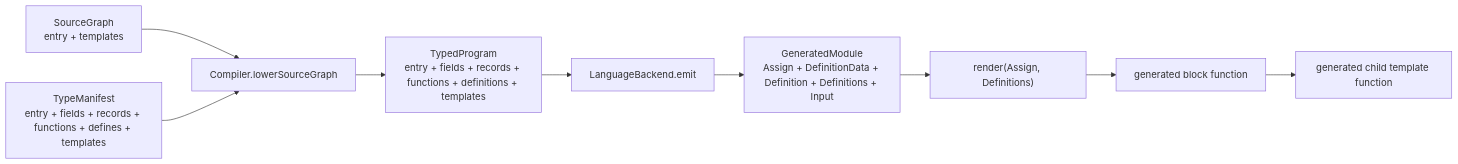
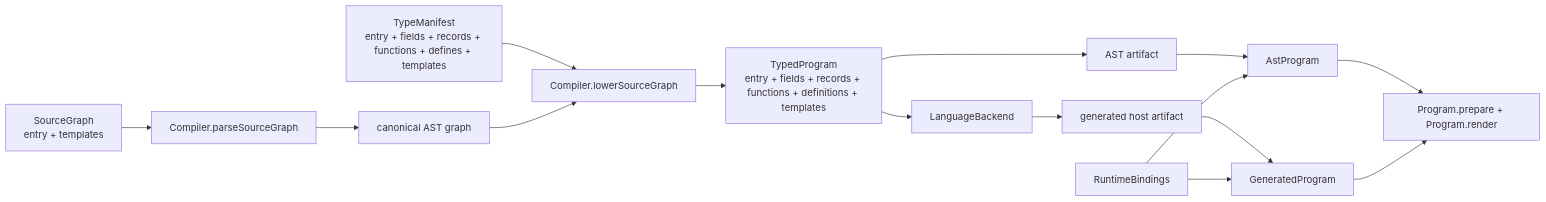
The diagram in tools/compiler/generated/compiler-architecture.mmd (polyspec/template), drawn with Mermaid before and after one commit. The commit also changed 13 other files, not shown here.

Commit message:
Unify compiler and runtime contract manifest

```diff
--- a/tools/compiler/generated/compiler-architecture.mmd
+++ b/tools/compiler/generated/compiler-architecture.mmd
@@ -1,9 +1,15 @@
 flowchart LR
-  SourceGraph["SourceGraph<br/>entry + templates"] --> Lower["Compiler.lowerSourceGraph"]
-  TypeManifest["TypeManifest<br/>entry + fields + records + functions + defines + templates"] --> Lower
-  Lower --> TypedProgram["TypedProgram<br/>entry + fields + records + functions + definitions + templates"]
-  TypedProgram --> Emit["LanguageBackend.emit"]
-  Emit --> GeneratedModule["GeneratedModule<br/>Assign + DefinitionData<T> + Definition<T> + Definitions + Input<T>"]
-  GeneratedModule --> Render["render(Assign, Definitions)"]
-  Render --> Block["generated block function"]
-  Block --> Child["generated child template function"]
+  Source["SourceGraph<br/>entry + templates"] --> Parse["Compiler.parseSourceGraph"]
+  Parse --> AST["canonical AST graph"]
+  Types["TypeManifest<br/>entry + fields + records + functions + defines + templates"] --> Lower["Compiler.lowerSourceGraph"]
+  AST --> Lower
+  Lower --> Typed["TypedProgram<br/>entry + fields + records + functions + definitions + templates"]
+  Typed --> AstArtifact["AST artifact"]
+  Typed --> Backend["LanguageBackend"]
+  Backend --> GeneratedArtifact["generated host artifact"]
+  AstArtifact --> AstProgram["AstProgram"]
+  GeneratedArtifact --> GeneratedProgram["GeneratedProgram"]
+  AstProgram --> Program["Program.prepare + Program.render"]
+  GeneratedProgram --> Program
+  RuntimeBindings["RuntimeBindings"] --> AstProgram
+  RuntimeBindings --> GeneratedProgram
```
